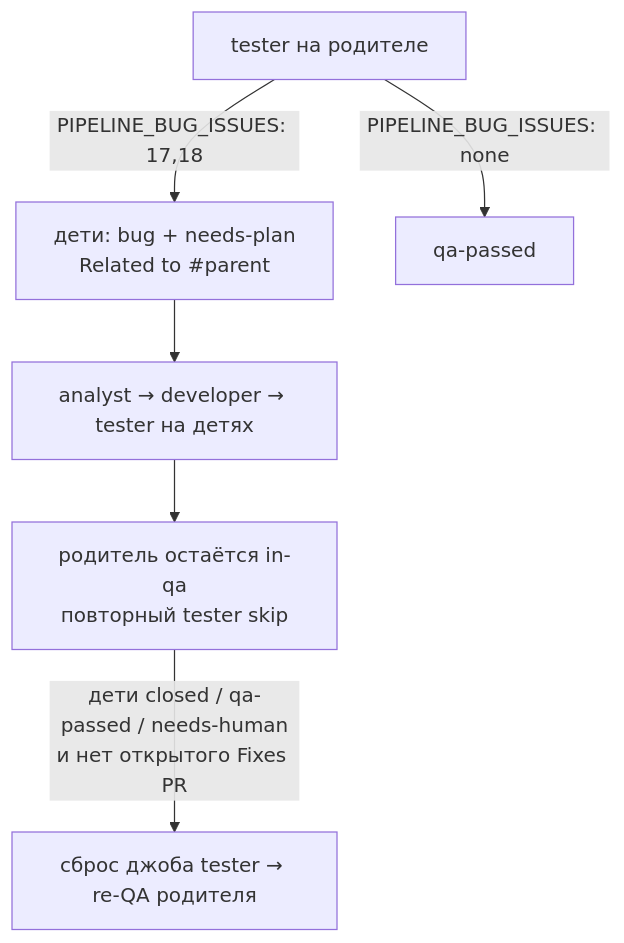
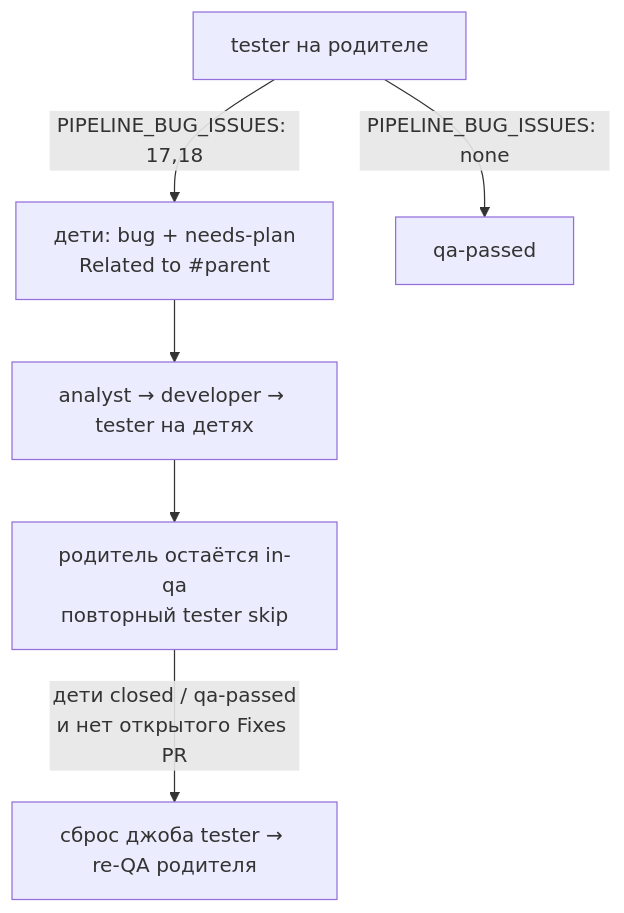
One commit to AlexeyAbretov/multi_agents_development_pipeline changed the third of 4 diagrams in docs/AGENT_PIPELINE_ARCHITECTURE.md. Above: the diagram before and after it, drawn with Mermaid. The commit also changed other lines of this file and 9 other files, not shown here.

````diff
--- a/docs/AGENT_PIPELINE_ARCHITECTURE.md
+++ b/docs/AGENT_PIPELINE_ARCHITECTURE.md
@@ -90,8 +90,8 @@
 ```mermaid
 flowchart TD
   T[tester на родителе] -->|PIPELINE_BUG_ISSUES: 17,18| Kids["дети: bug + needs-plan\nRelated to #parent"]
   Kids --> A[analyst → developer → tester на детях]
   A --> Wait["родитель остаётся in-qa\nповторный tester skip"]
-  Wait -->|дети closed / qa-passed / needs-human\nи нет открытого Fixes PR| ReQA[сброс джоба tester → re-QA родителя]
+  Wait -->|дети closed / qa-passed\nи нет открытого Fixes PR| ReQA[сброс джоба tester → re-QA родителя]
   T -->|PIPELINE_BUG_ISSUES: none| Pass[qa-passed]
 ```
````
